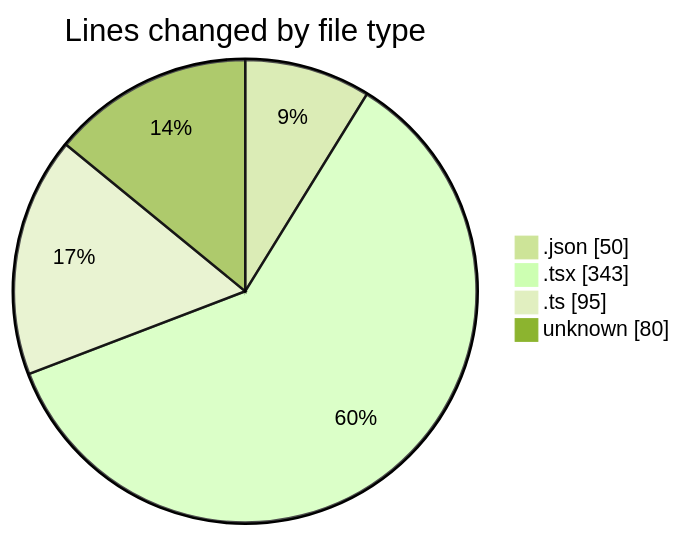
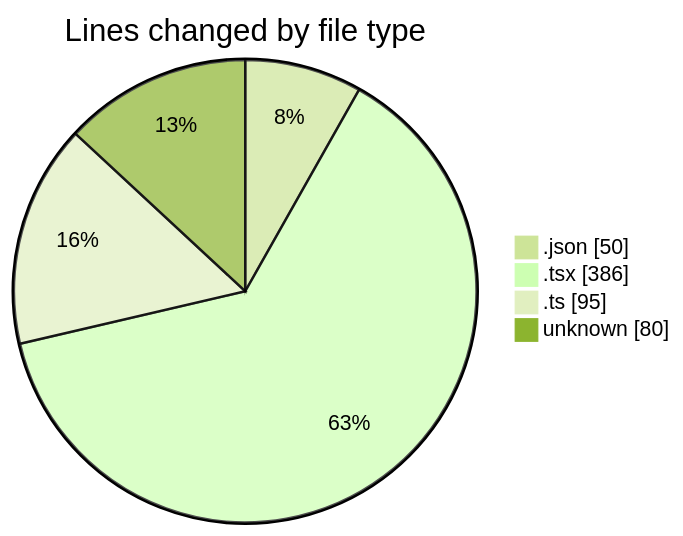
The first of 2 diagrams in 2025-10-29/eventscop-frontend-guide__workspace_/README.md (julien-gomy/code-tracking), drawn with Mermaid (forest theme) before and after one commit. The commit also changed other lines of this file and 1 other file, not shown here.

````diff
--- a/2025-10-29/eventscop-frontend-guide__workspace_/README.md
+++ b/2025-10-29/eventscop-frontend-guide__workspace_/README.md
@@ -32,8 +32,8 @@
 ```mermaid
 pie showData
 title Lines changed by file type
 ".json" : 50
-".tsx" : 343
+".tsx" : 386
 ".ts" : 95
 "unknown" : 80
 ```
````
